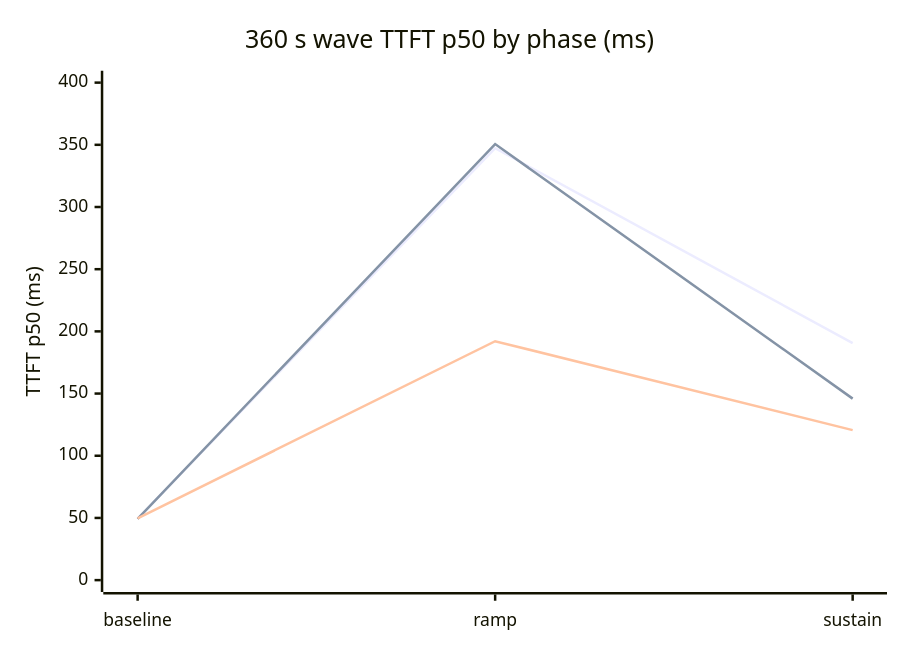
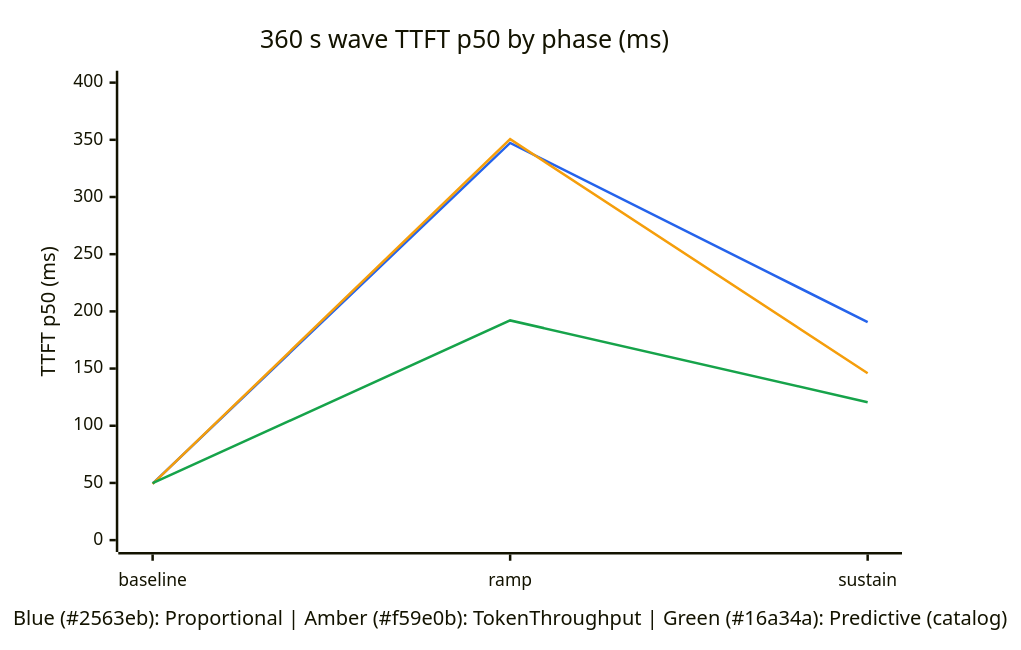
Before and after one commit to gpustack/gpustack-operator: the ninth of 9 diagrams in docs/modules/model-deployment/scaling-benchmark.md, drawn with Mermaid. The commit also changed other lines of this file, not shown here.

Commit message:
docs(scaling): add explicit plotColorPalette and color legends to xychart-beta diagrams

````diff
--- a/docs/modules/model-deployment/scaling-benchmark.md
+++ b/docs/modules/model-deployment/scaling-benchmark.md
@@ -405,9 +414,10 @@
 ```mermaid
+%%{init: {"themeVariables": {"xyChart": {"plotColorPalette": "#2563eb, #f59e0b, #16a34a"}}}}%%
 xychart-beta
     title "360 s wave TTFT p50 by phase (ms)"
-    x-axis ["baseline", "ramp", "sustain"]
+    x-axis "Blue (#2563eb): Proportional | Amber (#f59e0b): TokenThroughput | Green (#16a34a): Predictive (catalog)" ["baseline", "ramp", "sustain"]
     y-axis "TTFT p50 (ms)" 0 --> 400
-    line [49.439, 347.282, 190.555]
-    line [49.263, 350.591, 145.939]
-    line [49.742, 192.093, 120.59]
+    line "Proportional" [49.439, 347.282, 190.555]
+    line "TokenThroughput" [49.263, 350.591, 145.939]
+    line "Predictive (catalog)" [49.742, 192.093, 120.59]
 ```
````
